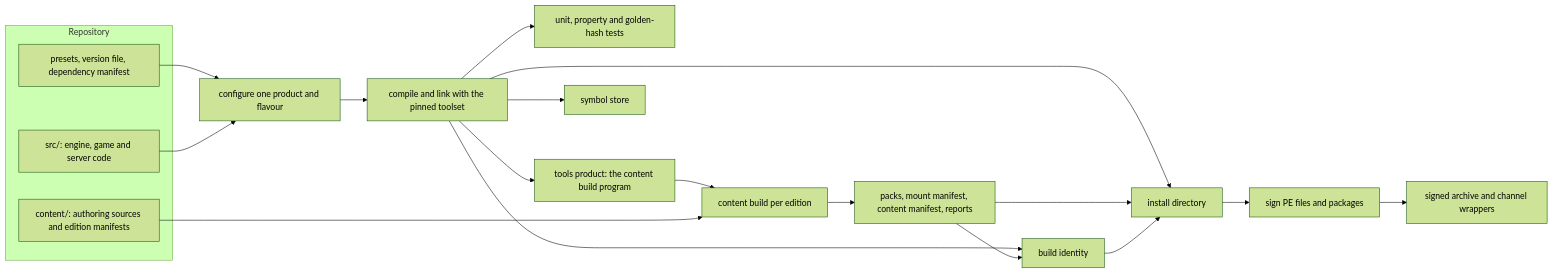
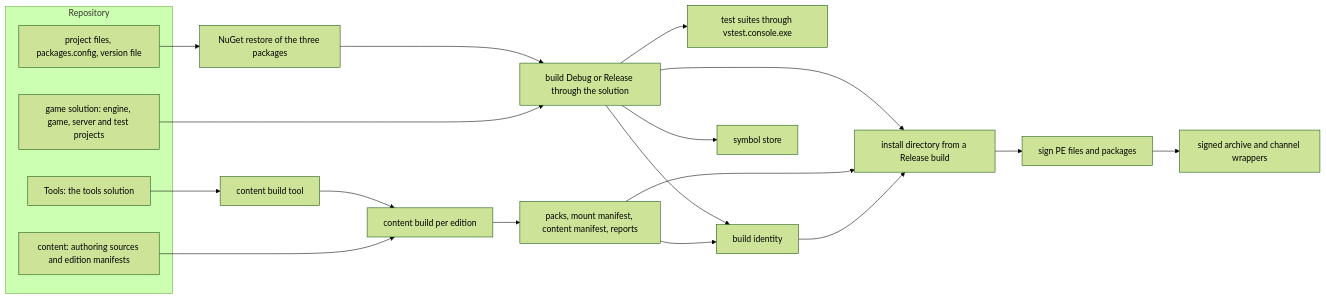
Before and after one commit to Zwaliebaba/Species.AI: the first of 5 diagrams in design_next/architecture/components/build_tooling_and_distribution.md, drawn with Mermaid (forest theme). The commit also changed other lines of this file and 4 other files, not shown here.

````diff
--- a/design_next/architecture/components/build_tooling_and_distribution.md
+++ b/design_next/architecture/components/build_tooling_and_distribution.md
@@ -42,24 +43,25 @@
 ```mermaid
 flowchart LR
   subgraph Repo["Repository"]
-    SRC["src/: engine, game and server code"]
-    CNT["content/: authoring sources and edition manifests"]
-    PIN["presets, version file, dependency manifest"]
+    SLN["game solution: engine, game, server and test projects"]
+    TSL["Tools: the tools solution"]
+    CNT["content: authoring sources and edition manifests"]
+    PIN["project files, packages.config, version file"]
   end
-  PIN --> CFG["configure one product and flavour"]
-  SRC --> CFG
-  CFG --> CMP["compile and link with the pinned toolset"]
-  CMP --> TST["unit, property and golden-hash tests"]
-  CMP --> TOOL["tools product: the content build program"]
+  PIN --> RES["NuGet restore of the three packages"]
+  RES --> CMP["build Debug or Release through the solution"]
+  SLN --> CMP
+  CMP --> TST["test suites through vstest.console.exe"]
+  TSL --> TOOL["content build tool"]
   TOOL --> CB["content build per edition"]
   CNT --> CB
   CB --> PK["packs, mount manifest, content manifest, reports"]
   CMP --> ID["build identity"]
   PK --> ID
-  CMP --> INS["install directory"]
+  CMP --> INS["install directory from a Release build"]
   PK --> INS
   ID --> INS
   INS --> SIG["sign PE files and packages"]
   SIG --> ARC["signed archive and channel wrappers"]
   CMP --> SYM["symbol store"]
 ```
````
